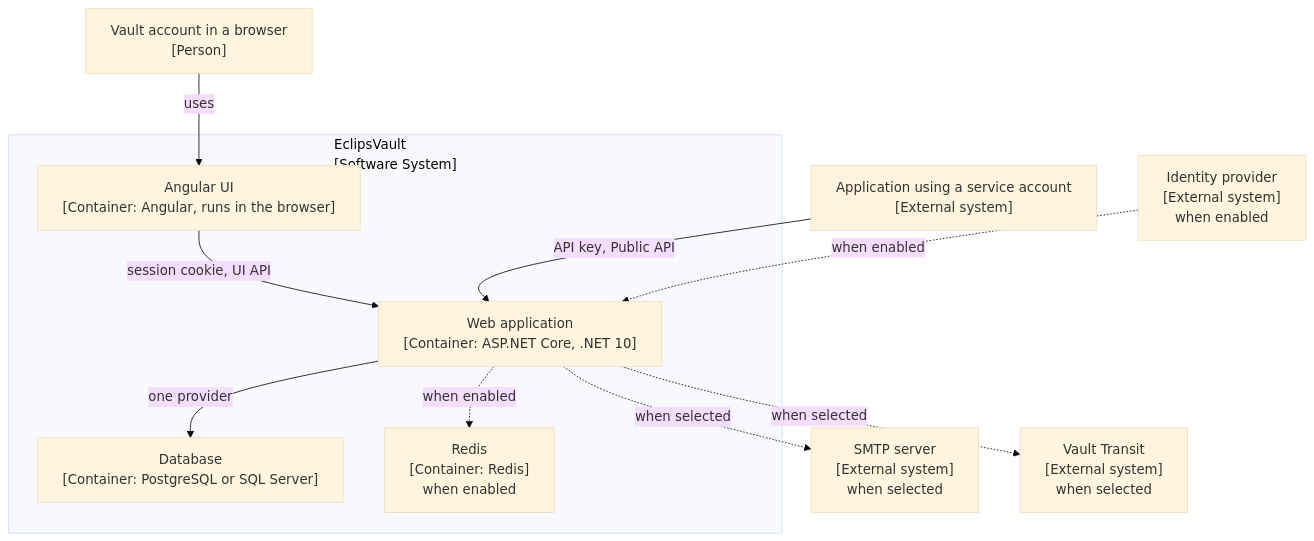
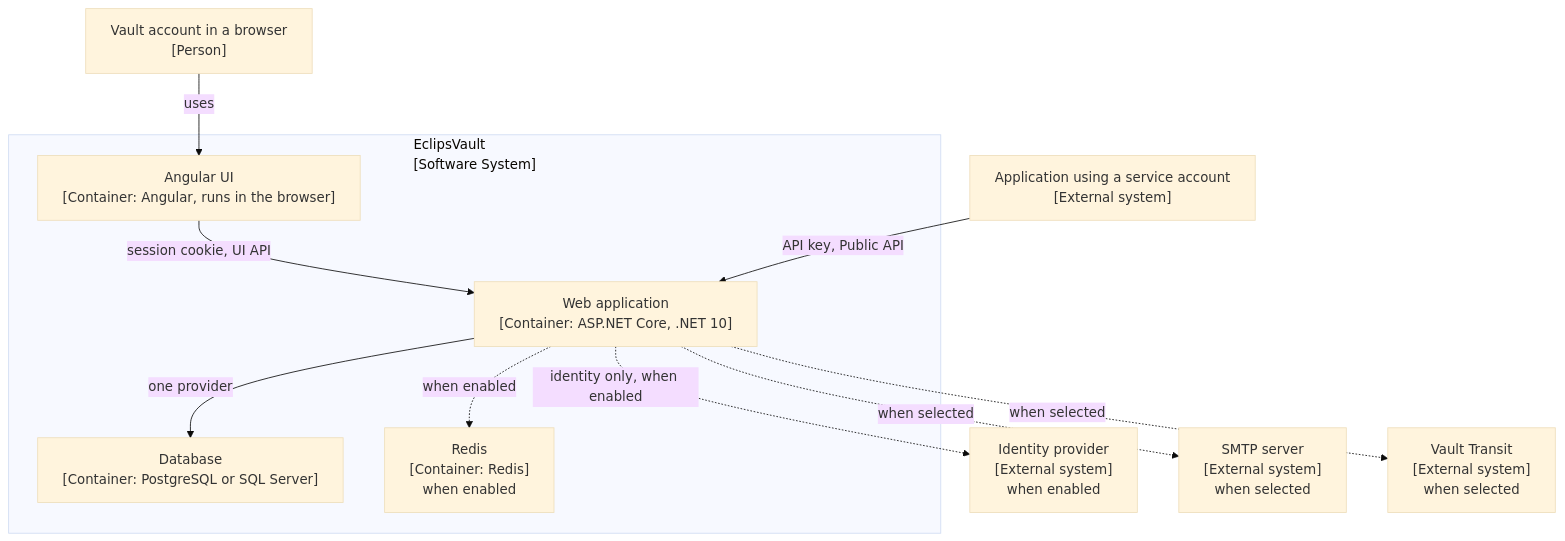
The second of 5 diagrams in docs/presentation/defence-draft/diagrams.md (sabysabashvily/EclipsVault), drawn with Mermaid (base theme) before and after one commit. The commit also changed other lines of this file and 9 other files, not shown here.

````diff
--- a/docs/presentation/defence-draft/diagrams.md
+++ b/docs/presentation/defence-draft/diagrams.md
@@ -72,25 +72,25 @@
 ```mermaid
 %%{init: {"flowchart": {"wrappingWidth": 560}} }%%
 flowchart TB
   person["Vault account in a browser<br/>[Person]"]
   app["Application using a service account<br/>[External system]"]
   idp["Identity provider<br/>[External system]<br/>when enabled"]
   smtp["SMTP server<br/>[External system]<br/>when selected"]
   kms["Vault Transit<br/>[External system]<br/>when selected"]
 
   subgraph boundary ["EclipsVault<br/>[Software System]"]
     angular["Angular UI<br/>[Container: Angular, runs in the browser]"]
     web["Web application<br/>[Container: ASP.NET Core, .NET 10]"]
     db["Database<br/>[Container: PostgreSQL or SQL Server]"]
     redis["Redis<br/>[Container: Redis]<br/>when enabled"]
   end
 
   person -->|uses| angular
   angular -->|session cookie, UI API| web
   app -->|API key, Public API| web
   web -->|one provider| db
   web -.->|when enabled| redis
-  idp -.->|when enabled| web
+  web -.->|identity only, when enabled| idp
   web -.->|when selected| smtp
   web -.->|when selected| kms
 ```
````
